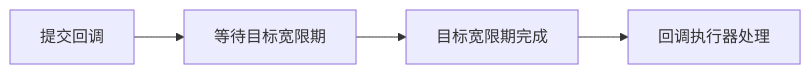
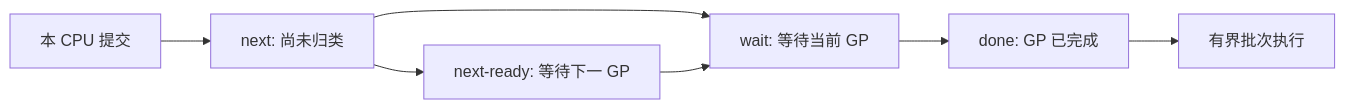
The sixth of 6 diagrams in docs/kernel/rcu/architecture.md (DragonOS-Community/DragonOS), drawn with Mermaid before and after one commit. The commit also changed other lines of this file and 11 other files, not shown here.

````diff
--- a/docs/kernel/rcu/architecture.md
+++ b/docs/kernel/rcu/architecture.md
@@ -171,6 +171,9 @@
 ```mermaid
 flowchart LR
-    Admit[提交回调] --> Pending[等待目标宽限期]
-    Pending --> Ready[目标宽限期完成]
-    Ready --> Execute[回调执行器处理]
+    Admit[本 CPU 提交] --> Next[next: 尚未归类]
+    Next --> Wait[wait: 等待当前 GP]
+    Next --> NextReady[next-ready: 等待下一 GP]
+    NextReady --> Wait
+    Wait --> Done[done: GP 已完成]
+    Done --> Execute[有界批次执行]
 ```
````
